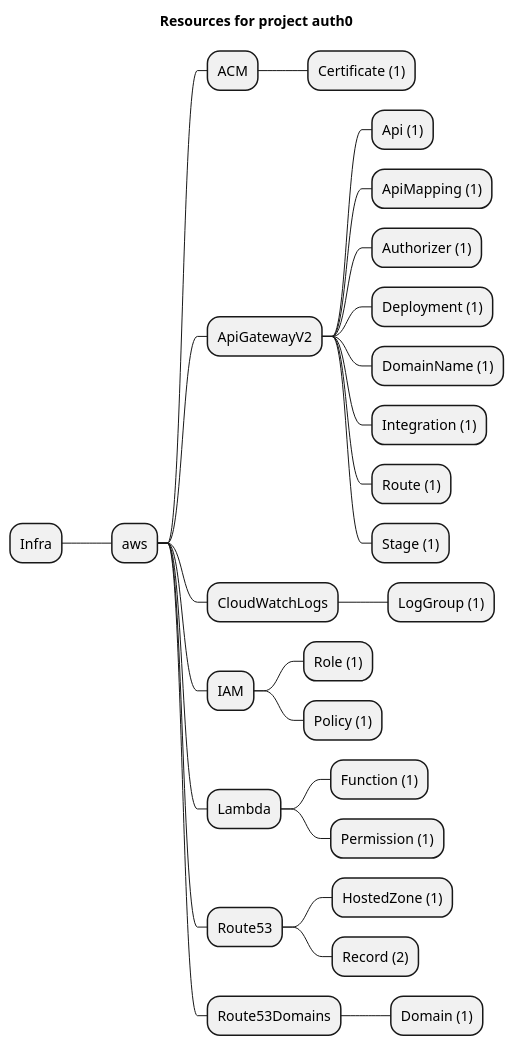
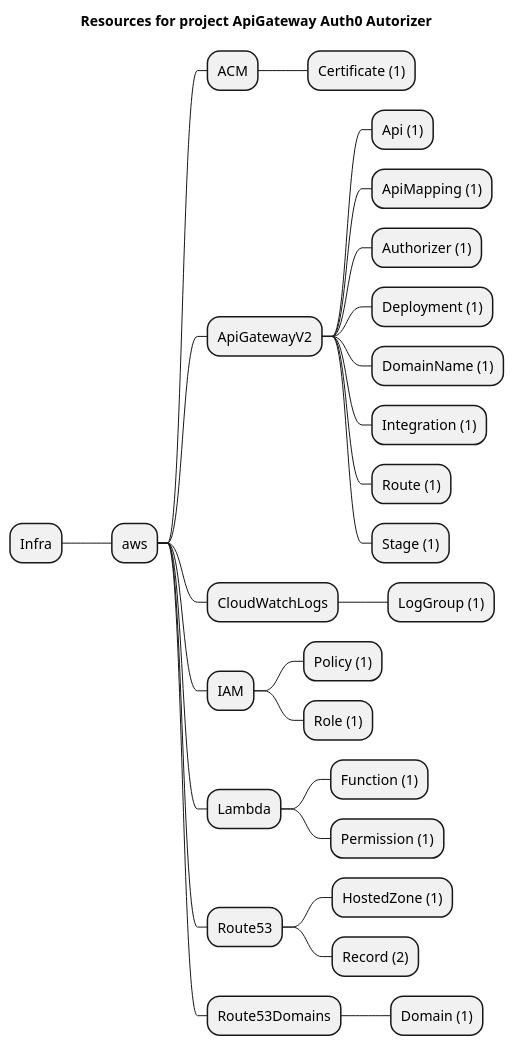
The diagram in examples/aws/ApiGatewayV2/auth0/artifacts/resources-mindmap.puml (grucloud/grucloud), drawn with PlantUML before and after one commit. The commit also changed 57 other files, not shown here.

Commit message:
DMS ApiGateway v1 v2

```diff
--- a/examples/aws/ApiGatewayV2/auth0/artifacts/resources-mindmap.puml
+++ b/examples/aws/ApiGatewayV2/auth0/artifacts/resources-mindmap.puml
@@ -1,30 +1,30 @@
 @startmindmap
-title Resources for project auth0
+title Resources for project ApiGateway Auth0 Autorizer
 skinparam monochrome true
 + Infra
 ++ aws
 +++ ACM
 ++++ Certificate (1)
 +++ ApiGatewayV2
 ++++ Api (1)
 ++++ ApiMapping (1)
 ++++ Authorizer (1)
 ++++ Deployment (1)
 ++++ DomainName (1)
 ++++ Integration (1)
 ++++ Route (1)
 ++++ Stage (1)
 +++ CloudWatchLogs
 ++++ LogGroup (1)
 +++ IAM
+++++ Policy (1)
 ++++ Role (1)
-++++ Policy (1)
 +++ Lambda
 ++++ Function (1)
 ++++ Permission (1)
 +++ Route53
 ++++ HostedZone (1)
 ++++ Record (2)
 +++ Route53Domains
 ++++ Domain (1)
 @endmindmap
```
